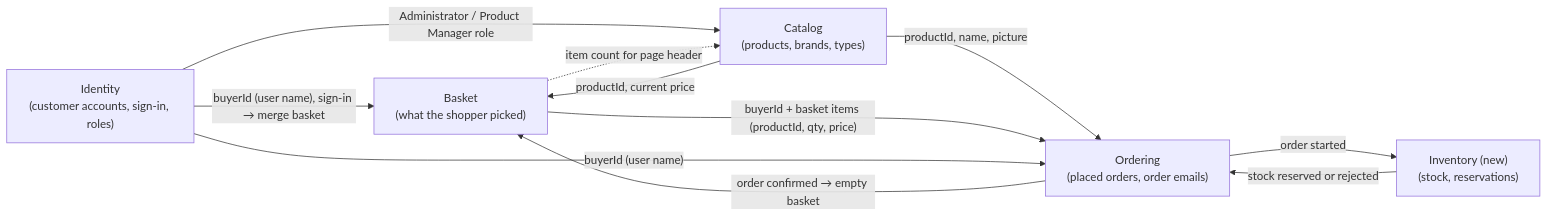
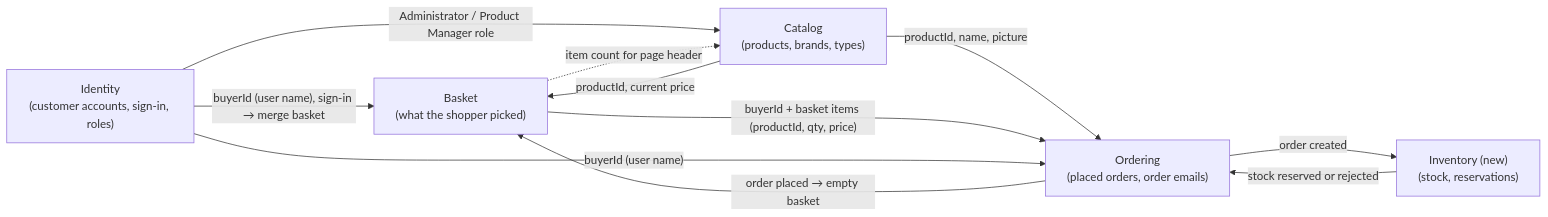
The diagram in architecture/00-business-story.md (shoaibalirts/eShopOnWeb), drawn with Mermaid before and after one commit. The commit also changed other lines of this file and 6 other files, not shown here.

Commit message:
update architecture and add CLAUDE.md

````diff
--- a/architecture/00-business-story.md
+++ b/architecture/00-business-story.md
@@ -60,19 +62,19 @@
 ```mermaid
 graph LR
     Identity["Identity<br/>(customer accounts, sign-in, roles)"]
     Catalog["Catalog<br/>(products, brands, types)"]
     Basket["Basket<br/>(what the shopper picked)"]
     Ordering["Ordering<br/>(placed orders, order emails)"]
     Inventory["Inventory (new)<br/>(stock, reservations)"]
 
     Catalog -- "productId, current price" --> Basket
     Catalog -- "productId, name, picture" --> Ordering
     Basket -- "buyerId + basket items (productId, qty, price)" --> Ordering
     Identity -- "buyerId (user name), sign-in → merge basket" --> Basket
     Identity -- "buyerId (user name)" --> Ordering
     Identity -- "Administrator / Product Manager role" --> Catalog
-    Ordering -- "order confirmed → empty basket" --> Basket
-    Ordering -- "order started" --> Inventory
+    Ordering -- "order placed → empty basket" --> Basket
+    Ordering -- "order created" --> Inventory
     Inventory -- "stock reserved or rejected" --> Ordering
     Basket -. "item count for page header" .-> Catalog
 ```
````
